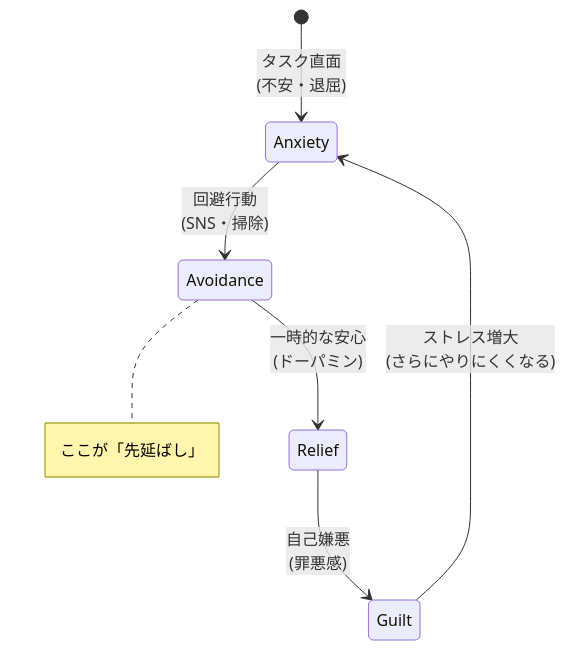
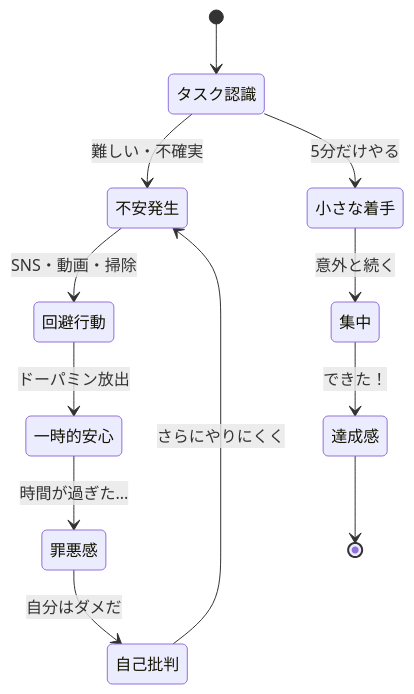
Before and after one commit to tndg16-bot/portfolio-site: the first of 2 diagrams in content/blog/097-procrastination-psychology.md, drawn with Mermaid. The commit also changed other lines of this file and 46 other files, not shown here.

````diff
--- a/content/blog/097-procrastination-psychology.md
+++ b/content/blog/097-procrastination-psychology.md
@@ -33,12 +26,14 @@
 ```mermaid
 stateDiagram-v2
-    [*] --> Anxiety: タスク直面<br>(不安・退屈)
-    Anxiety --> Avoidance: 回避行動<br>(SNS・掃除)
-    Avoidance --> Relief: 一時的な安心<br>(ドーパミン)
-    Relief --> Guilt: 自己嫌悪<br>(罪悪感)
-    Guilt --> Anxiety: ストレス増大<br>(さらにやりにくくなる)
-    
-    note right of Avoidance
-      ここが「先延ばし」
-    end note
+    [*] --> タスク認識
+    タスク認識 --> 不安発生: 難しい・不確実
+    不安発生 --> 回避行動: SNS・動画・掃除
+    回避行動 --> 一時的安心: ドーパミン放出
+    一時的安心 --> 罪悪感: 時間が過ぎた...
+    罪悪感 --> 自己批判: 自分はダメだ
+    自己批判 --> 不安発生: さらにやりにくく
+    タスク認識 --> 小さな着手: 5分だけやる
+    小さな着手 --> 集中: 意外と続く
+    集中 --> 達成感: できた！
+    達成感 --> [*]
 ```
````
